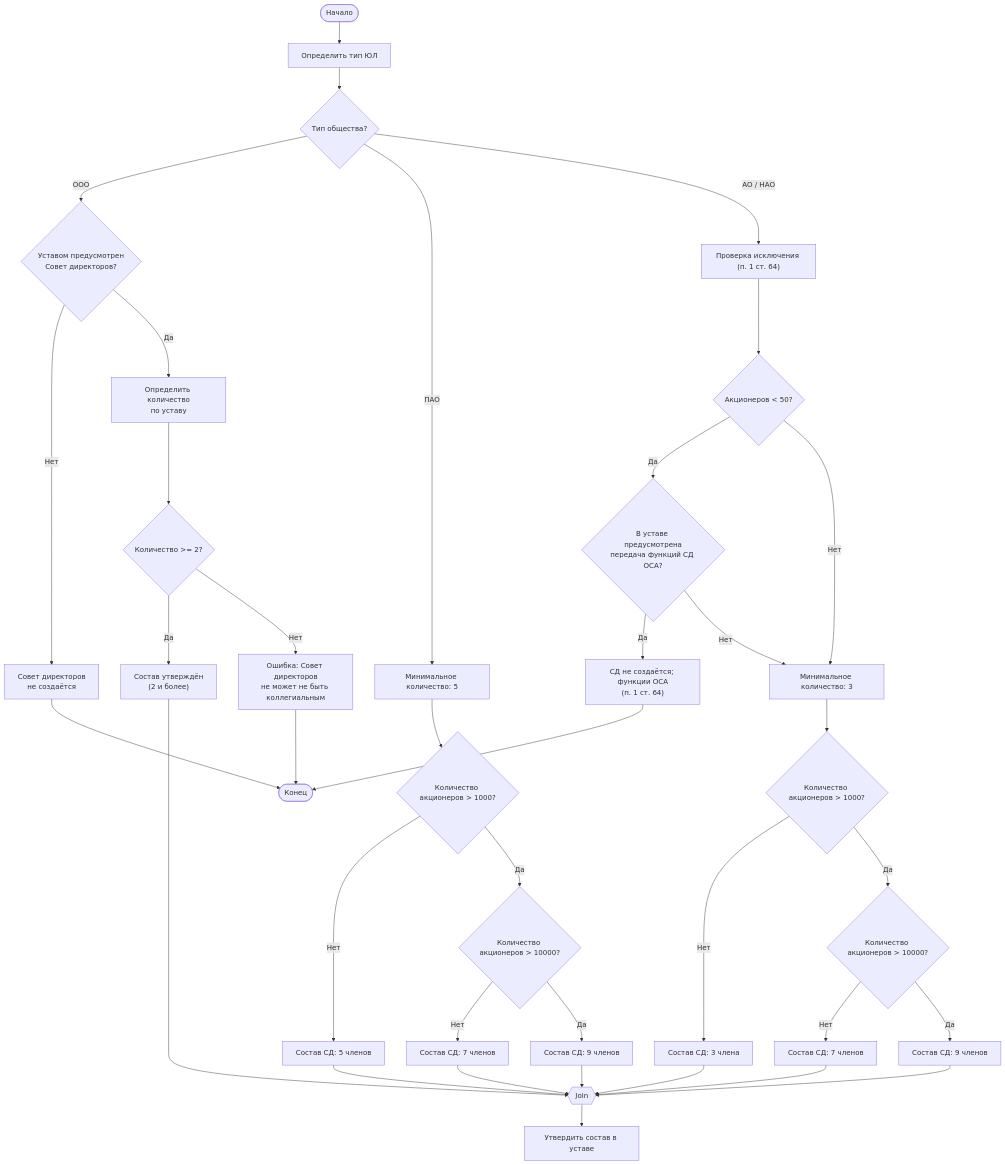
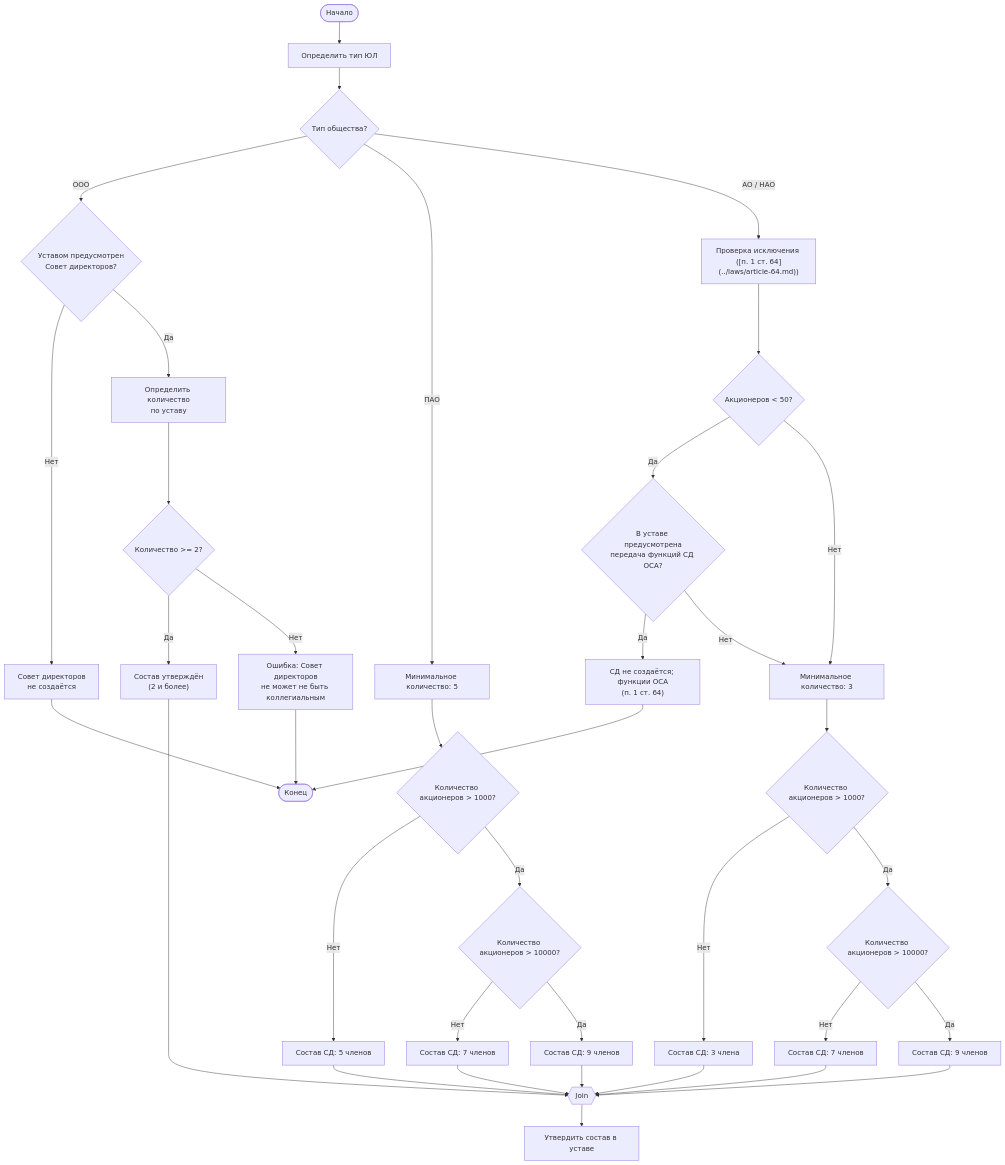
The diagram in docs/business-processes/board_min_members.md (arsenyuk/SamorodinkaTech.Fiducia), drawn with Mermaid before and after one commit. The commit also changed other lines of this file and 24 other files, not shown here.

````diff
--- a/docs/business-processes/board_min_members.md
+++ b/docs/business-processes/board_min_members.md
@@ -59,49 +59,49 @@
 ```mermaid
 flowchart TD
     Start([Начало]) --> A[Определить тип ЮЛ]
 
     A --> B{Тип общества?}
 
     B -->|ООО| C{Уставом предусмотрен\nСовет директоров?}
     C -->|Нет| D[Совет директоров\nне создаётся]
     D --> Stop([Конец])
 
     C -->|Да| E[Определить количество\nпо уставу]
     E --> F{Количество >= 2?}
     F -->|Да| H["Состав утверждён\n(2 и более)"]
     F -->|Нет| G[Ошибка: Совет директоров\nне может не быть коллегиальным]
     G --> Stop
 
     B -->|ПАО| I[Минимальное количество: 5]
-    B -->|АО / НАО| J0["Проверка исключения (п. 1 ст. 64)"]
+    B -->|АО / НАО| J0["Проверка исключения ([п. 1 ст. 64](../laws/article-64.md))"]
     J0 --> U{Акционеров < 50?}
     U -->|Да| V0{В уставе предусмотрена\nпередача функций СД ОСА?}
     V0 -->|Да| D2["СД не создаётся; функции ОСА\n(п. 1 ст. 64)"]
     D2 --> Stop
     V0 -->|Нет| J[Минимальное количество: 3]
     U -->|Нет| J
 
     I --> K{Количество акционеров > 1000?}
     J --> L{Количество акционеров > 1000?}
 
     K -->|Нет| M[Состав СД: 5 членов]
     K -->|Да| N{Количество акционеров > 10000?}
     N -->|Нет| O[Состав СД: 7 членов]
     N -->|Да| P[Состав СД: 9 членов]
 
     L -->|Нет| Q[Состав СД: 3 члена]
     L -->|Да| R{Количество акционеров > 10000?}
     R -->|Нет| S[Состав СД: 7 членов]
     R -->|Да| T[Состав СД: 9 членов]
 
     %% FORK: объединение всех путей (кроме D и G)
     H --> Join1{{Join}}
     M --> Join1
     O --> Join1
     P --> Join1
     Q --> Join1
     S --> Join1
     T --> Join1
 
     Join1 --> V[Утвердить состав в уставе]
 ```
````
